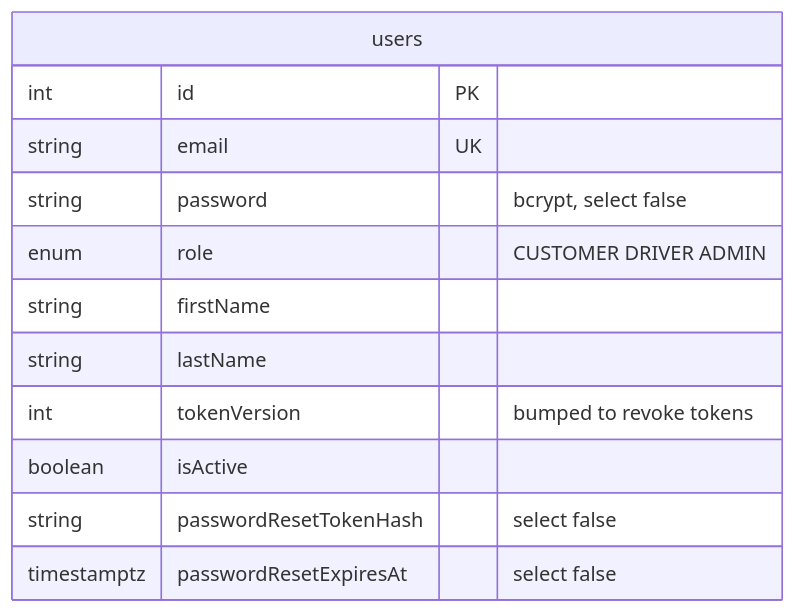
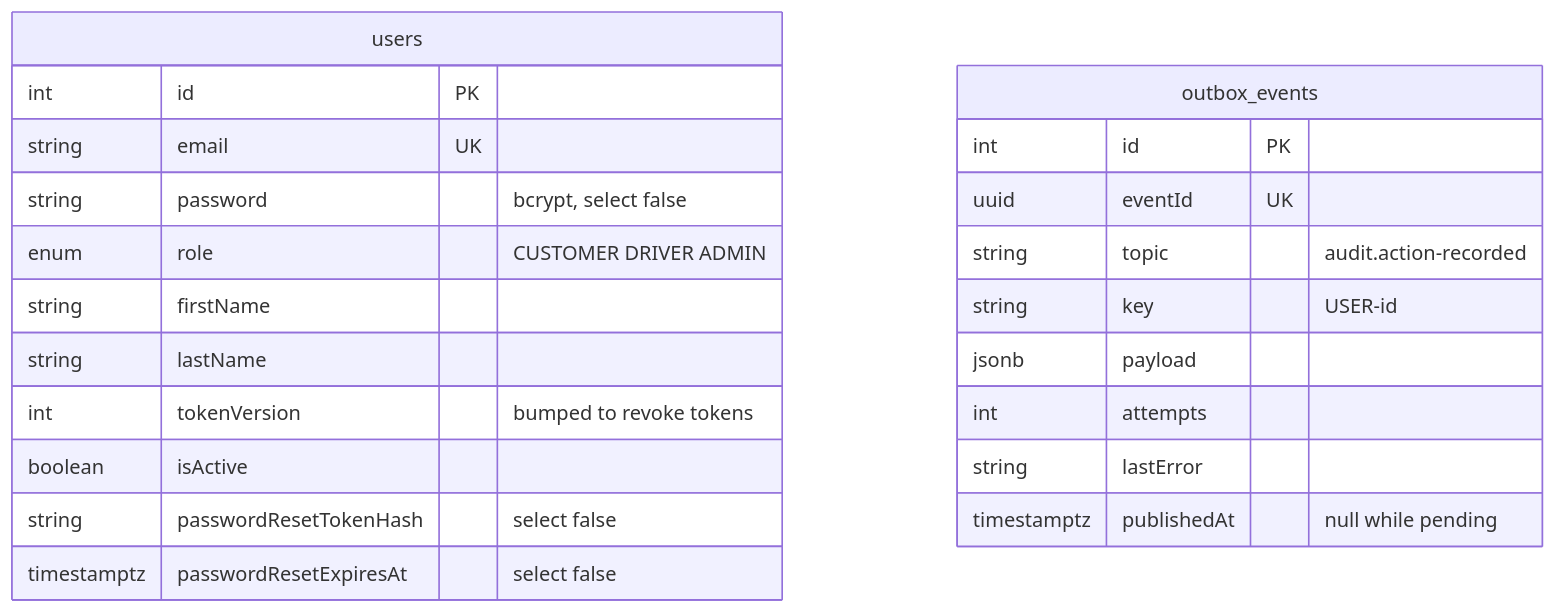
The second of 7 diagrams in docs/services/auth-service.md (Mohammed-Taysser/masr3), drawn with Mermaid before and after one commit. The commit also changed other lines of this file and 114 other files, not shown here.

````diff
--- a/docs/services/auth-service.md
+++ b/docs/services/auth-service.md
@@ -31,15 +34,25 @@
 ```mermaid
 erDiagram
   users {
     int id PK
     string email UK
     string password "bcrypt, select false"
     enum role "CUSTOMER DRIVER ADMIN"
     string firstName
     string lastName
     int tokenVersion "bumped to revoke tokens"
     boolean isActive
     string passwordResetTokenHash "select false"
     timestamptz passwordResetExpiresAt "select false"
   }
+  outbox_events {
+    int id PK
+    uuid eventId UK
+    string topic "audit.action-recorded"
+    string key "USER-id"
+    jsonb payload
+    int attempts
+    string lastError
+    timestamptz publishedAt "null while pending"
+  }
 ```
````
